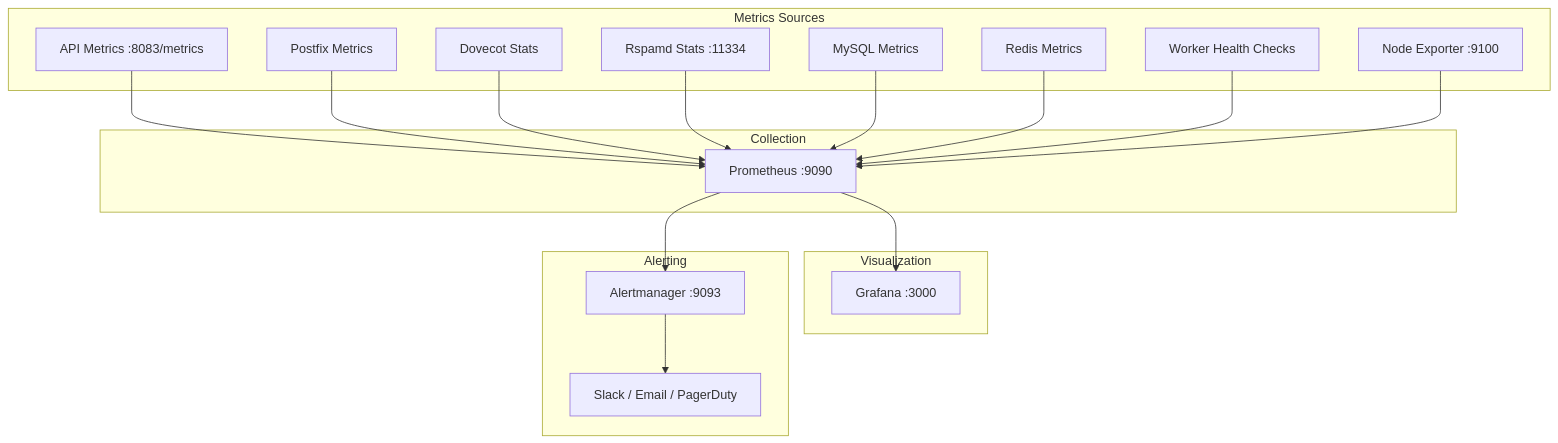
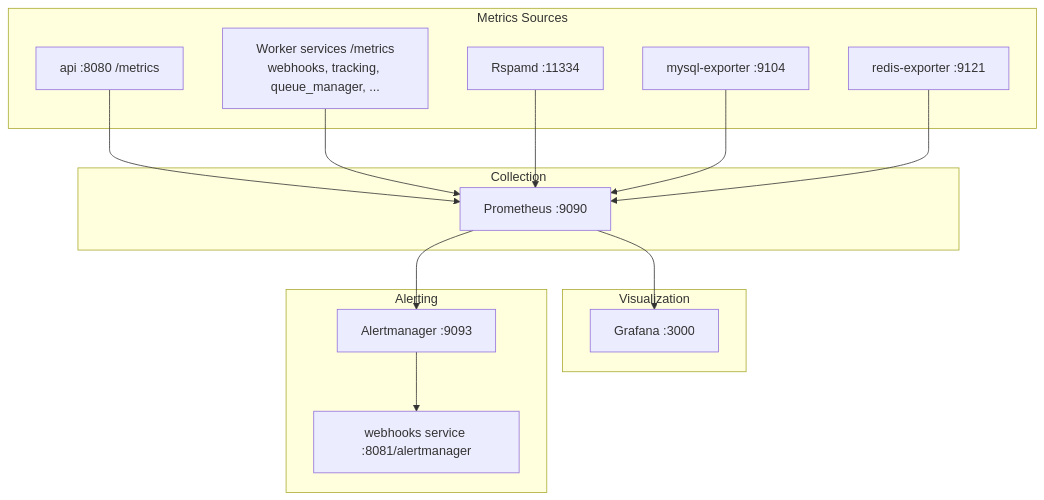
The diagram in docs/guides/monitoring-setup.md (Techies-Africa/mailyte-mail-server-community), drawn with Mermaid before and after one commit. The commit also changed other lines of this file and 481 other files, not shown here.

````diff
--- a/docs/guides/monitoring-setup.md
+++ b/docs/guides/monitoring-setup.md
@@ -15,39 +12,33 @@
 ```mermaid
 graph TB
     subgraph "Metrics Sources"
-        API[API Metrics :8083/metrics]
-        POSTFIX[Postfix Metrics]
-        DOVECOT[Dovecot Stats]
-        RSPAMD[Rspamd Stats :11334]
-        MYSQL[MySQL Metrics]
-        REDIS[Redis Metrics]
-        WORKERS[Worker Health Checks]
-        NODE[Node Exporter :9100]
+        API[api :8080 /metrics]
+        WORKERS[Worker services /metrics<br/>webhooks, tracking, queue_manager, ...]
+        RSPAMD[Rspamd :11334]
+        MYSQL[mysql-exporter :9104]
+        REDIS[redis-exporter :9121]
     end
 
     subgraph "Collection"
         PROM[Prometheus :9090]
     end
 
     subgraph "Visualization"
         GRAFANA[Grafana :3000]
     end
 
     subgraph "Alerting"
         AM[Alertmanager :9093]
-        SLACK[Slack / Email / PagerDuty]
+        WH[webhooks service :8081/alertmanager]
     end
 
     API --> PROM
-    POSTFIX --> PROM
-    DOVECOT --> PROM
+    WORKERS --> PROM
     RSPAMD --> PROM
     MYSQL --> PROM
     REDIS --> PROM
-    WORKERS --> PROM
-    NODE --> PROM
 
     PROM --> GRAFANA
     PROM --> AM
-    AM --> SLACK
+    AM --> WH
 ```
````
